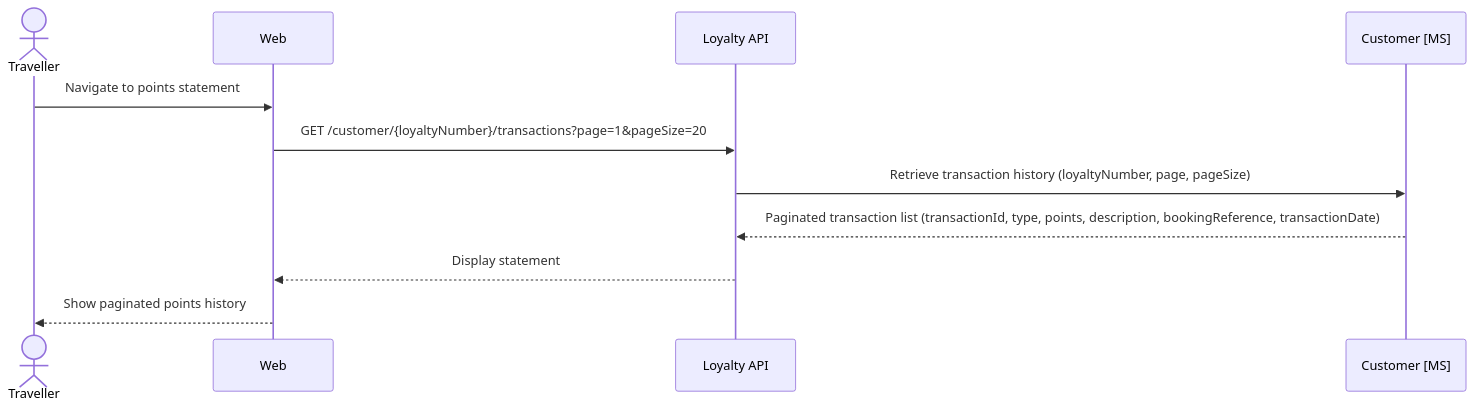
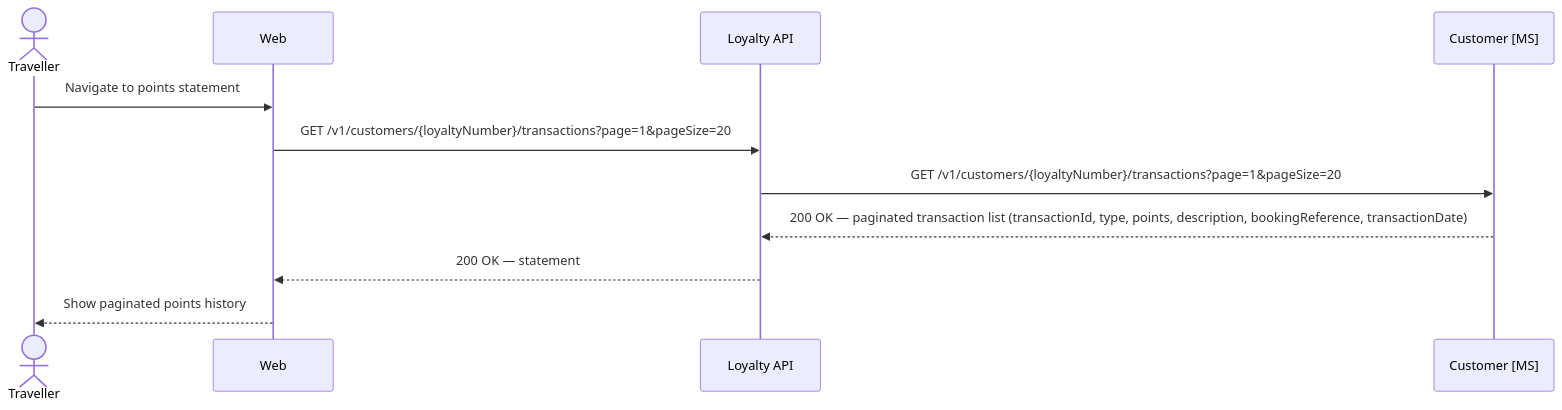
Diagram 11 of 12 in architecture/design.md (sebharvey/airline-reservation-system), drawn with Mermaid before and after one commit. The commit also changed other lines of this file, not shown here.

````diff
--- a/architecture/design.md
+++ b/architecture/design.md
@@ -1511,15 +1551,15 @@
 ```mermaid
 sequenceDiagram
     actor Traveller
     participant Web
     participant LoyaltyAPI as Loyalty API
     participant CustomerMS as Customer [MS]
 
     Traveller->>Web: Navigate to points statement
 
-    Web->>LoyaltyAPI: GET /customer/{loyaltyNumber}/transactions?page=1&pageSize=20
-    LoyaltyAPI->>CustomerMS: Retrieve transaction history (loyaltyNumber, page, pageSize)
-    CustomerMS-->>LoyaltyAPI: Paginated transaction list (transactionId, type, points, description, bookingReference, transactionDate)
-    LoyaltyAPI-->>Web: Display statement
+    Web->>LoyaltyAPI: GET /v1/customers/{loyaltyNumber}/transactions?page=1&pageSize=20
+    LoyaltyAPI->>CustomerMS: GET /v1/customers/{loyaltyNumber}/transactions?page=1&pageSize=20
+    CustomerMS-->>LoyaltyAPI: 200 OK — paginated transaction list (transactionId, type, points, description, bookingReference, transactionDate)
+    LoyaltyAPI-->>Web: 200 OK — statement
     Web-->>Traveller: Show paginated points history
 ```
````
